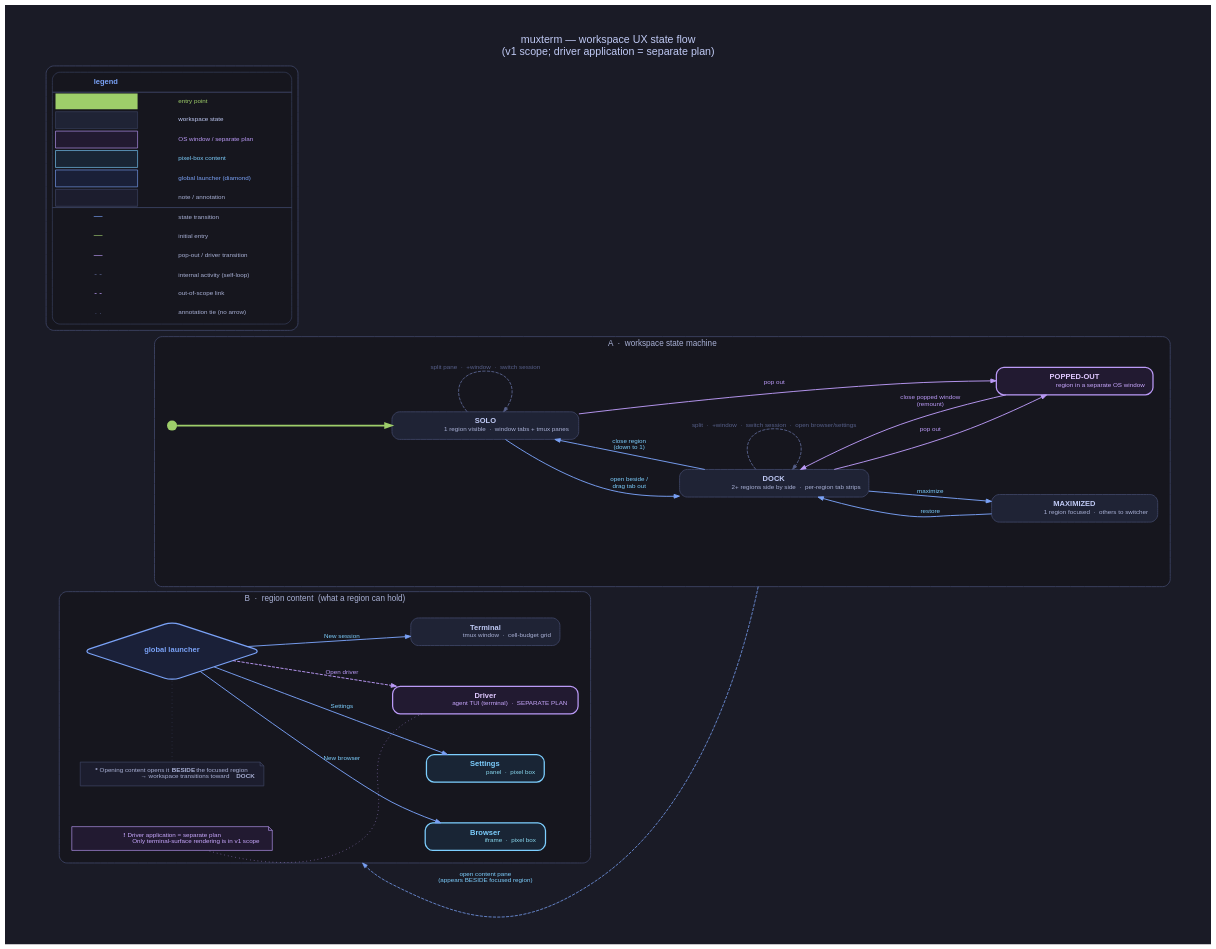
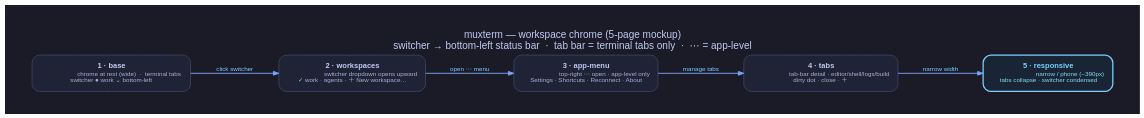
The diagram in docs/plans/mockups/2026-05-30-muxterm-chrome/storyboard.dot (kenotron-ms/muxterm), drawn with Graphviz before and after one commit. The commit also changed 28 other files, not shown here.

First line of the commit message:
docs(workspace): design, phase plans, and rebuilt chrome mockup

```diff
--- a/docs/plans/mockups/2026-05-30-muxterm-chrome/storyboard.dot
+++ b/docs/plans/mockups/2026-05-30-muxterm-chrome/storyboard.dot
@@ -1,35 +1,37 @@
 // storyboard.dot
-// muxterm — workspace UX state flow
+// muxterm — workspace chrome mockup storyboard
 // Tokyo Night dark theme  ·  engine: dot  ·  rankdir: LR
-// Canonical reference for implementation plan + Playwright E2E tests.
+// Canonical reference for the 5-page chrome mockup (this round's scope):
+//   workspace switcher moves to the bottom-left status bar; the tab bar
+//   holds only terminal tabs; the top-right "⋯" is app-level only.
 
 digraph muxterm_storyboard {
 
-    // ── Graph defaults ────────────────────────────────────────────────────
+    // ── Graph defaults ───────────────────────────────────────────────
     graph [
-        label       = "muxterm — workspace UX state flow\n(v1 scope; driver application = separate plan)"
+        label       = "muxterm — workspace chrome (5-page mockup)\nswitcher → bottom-left status bar  ·  tab bar = terminal tabs only  ·  ⋯ = app-level"
         labelloc    = t
         fontname    = "Helvetica,Arial,sans-serif"
-        fontsize    = 17
+        fontsize    = 16
         fontcolor   = "#c0caf5"
         bgcolor     = "#1a1b26"
         rankdir     = LR
-        pad         = "0.8,0.6"
+        pad         = "0.6,0.5"
         splines     = spline
-        nodesep     = 0.9
-        ranksep     = 1.4
-        compound    = true
+        nodesep     = 0.7
+        ranksep     = 1.1
     ]
 
     node [
         fontname    = "Helvetica,Arial,sans-serif"
         fontsize    = 12
         fontcolor   = "#c0caf5"
+        shape       = box
         style       = "filled,rounded"
         fillcolor   = "#1f2335"
         color       = "#3b4261"
         penwidth    = 1.5
-        margin      = "0.22,0.14"
+        margin      = "0.24,0.16"
     ]
 
     edge [
@@ -41,321 +43,38 @@
         arrowsize   = 0.85
     ]
 
-
-    // ═══════════════════════════════════════════════════════════════════════
-    // A  ·  WORKSPACE STATE MACHINE
-    // ═══════════════════════════════════════════════════════════════════════
-    subgraph cluster_workspace {
-        label       = "A  ·  workspace state machine"
-        fontname    = "Helvetica,Arial,sans-serif"
-        fontsize    = 13
-        fontcolor   = "#a9b1d6"
-        style       = "rounded"
-        color       = "#3b4261"
-        bgcolor     = "#16161e"
-        penwidth    = 1.5
-        margin      = 20
-
-        // ── Entry point ──────────────────────────────────────────────────
-        start [
-            label     = ""
-            shape     = circle
-            width     = 0.22
-            height    = 0.22
-            style     = filled
-            fillcolor = "#9ece6a"
-            color     = "#9ece6a"
-            penwidth  = 0
-        ]
-
-        // ── States ───────────────────────────────────────────────────────
-        solo [
-            label = <<B>SOLO</B><BR/>
-                      <FONT POINT-SIZE="10" COLOR="#a9b1d6">1 region visible  &#183;  window tabs + tmux panes</FONT>>
-            shape = box
-        ]
-
-        dock [
-            label = <<B>DOCK</B><BR/>
-                      <FONT POINT-SIZE="10" COLOR="#a9b1d6">2+ regions side by side  &#183;  per-region tab strips</FONT>>
-            shape = box
-        ]
-
-        maximized [
-            label = <<B>MAXIMIZED</B><BR/>
-                      <FONT POINT-SIZE="10" COLOR="#a9b1d6">1 region focused  &#183;  others to switcher</FONT>>
-            shape = box
-        ]
-
-        popped_out [
-            label     = <<B><FONT COLOR="#e0c8ff">POPPED-OUT</FONT></B><BR/>
-                          <FONT POINT-SIZE="10" COLOR="#c9a8ff">region in a separate OS window</FONT>>
-            shape     = box
-            fillcolor = "#221a31"
-            color     = "#bb9af7"
-            penwidth  = 2.0
-        ]
-
-        // ── Transitions ───────────────────────────────────────────────────
-        start      -> solo       [ label="" color="#9ece6a" penwidth=2.5 arrowsize=1.1 ]
-
-        solo       -> dock       [ label="open beside /\ndrag tab out" ]
-        dock       -> solo       [ label="close region\n(down to 1)" ]
-
-        dock       -> maximized  [ label="maximize" ]
-        maximized  -> dock       [ label="restore" ]
-
-        solo       -> popped_out [ label="pop out"
-                                   color="#bb9af7" fontcolor="#bb9af7" ]
-        dock       -> popped_out [ label="pop out"
-                                   color="#bb9af7" fontcolor="#bb9af7" ]
-        popped_out -> dock       [ label="close popped window\n(remount)"
-                                   color="#bb9af7" fontcolor="#bb9af7" ]
-
-        // ── Self-loops (internal activity — dashed gray) ──────────────────
-        solo -> solo [
-            label      = "split pane  &#183;  +window  &#183;  switch session"
-            style      = dashed
-            constraint = false
-            color      = "#565f89"
-            fontcolor  = "#565f89"
-            arrowsize  = 0.7
-        ]
-
-        dock -> dock [
-            label      = "split  &#183;  +window  &#183;  switch session  &#183;  open browser/settings"
-            style      = dashed
-            constraint = false
-            color      = "#565f89"
-            fontcolor  = "#565f89"
-            arrowsize  = 0.7
-        ]
-    }
-
-
-    // ═══════════════════════════════════════════════════════════════════════
-    // B  ·  REGION CONTENT TYPES
-    // ═══════════════════════════════════════════════════════════════════════
-    subgraph cluster_content {
-        label       = "B  &#183;  region content  (what a region can hold)"
-        fontname    = "Helvetica,Arial,sans-serif"
-        fontsize    = 13
-        fontcolor   = "#a9b1d6"
-        style       = "rounded"
-        color       = "#3b4261"
-        bgcolor     = "#16161e"
-        penwidth    = 1.5
-        margin      = 20
-
-        launcher [
-            label     = <<B><FONT COLOR="#7aa2f7">global launcher</FONT></B>>
-            shape     = diamond
-            fillcolor = "#1a2038"
-            color     = "#7aa2f7"
-            penwidth  = 2.0
-            margin    = "0.38,0.24"
-        ]
-
-        term [
-            label = <<B>Terminal</B><BR/>
-                      <FONT POINT-SIZE="10" COLOR="#a9b1d6">tmux window  &#183;  cell-budget grid</FONT>>
-            shape = box
-        ]
-
-        browser [
-            label     = <<B><FONT COLOR="#7dcfff">Browser</FONT></B><BR/>
-                          <FONT POINT-SIZE="10" COLOR="#89d9f0">iframe  &#183;  pixel box</FONT>>
-            shape     = box
-            fillcolor = "#192535"
-            color     = "#7dcfff"
-            penwidth  = 2.0
-        ]
-
-        settings [
-            label     = <<B><FONT COLOR="#7dcfff">Settings</FONT></B><BR/>
-                          <FONT POINT-SIZE="10" COLOR="#89d9f0">panel  &#183;  pixel box</FONT>>
-            shape     = box
-            fillcolor = "#192535"
-            color     = "#7dcfff"
-            penwidth  = 2.0
-        ]
-
-        driver [
-            label     = <<B><FONT COLOR="#e0c8ff">Driver</FONT></B><BR/>
-                          <FONT POINT-SIZE="10" COLOR="#c9a8ff">agent TUI (terminal)  &#183;  SEPARATE PLAN</FONT>>
-            shape     = box
-            fillcolor = "#221a31"
-            color     = "#bb9af7"
-            penwidth  = 2.0
-        ]
-
-        // ── Notes ─────────────────────────────────────────────────────────
-        note_beside [
-            label     = <<FONT POINT-SIZE="10" COLOR="#a9b1d6"><B>*</B>  Opening content opens it <B>BESIDE</B> the focused region<BR/>
-                            &#160;&#160; &#8594; workspace transitions toward <B>DOCK</B></FONT>>
-            shape     = note
-            style     = filled
-            fillcolor = "#1c1d2e"
-            color     = "#414868"
-            penwidth  = 1.0
-            margin    = "0.18,0.12"
-        ]
-
-        note_driver_scope [
-            label     = <<FONT POINT-SIZE="10" COLOR="#c9a8ff"><B>!</B>  Driver application = separate plan<BR/>
-                            &#160;&#160; Only terminal-surface rendering is in v1 scope</FONT>>
-            shape     = note
-            style     = filled
-            fillcolor = "#221a31"
-            color     = "#bb9af7"
-            penwidth  = 1.0
-            margin    = "0.18,0.12"
-        ]
-
-        // ── Launcher → content edges ─────────────────────────────────────
-        launcher -> term     [ label="New session" ]
-        launcher -> browser  [ label="New browser" ]
-        launcher -> settings [ label="Settings" ]
-        launcher -> driver   [ label="Open driver"
-                               style=dashed color="#bb9af7" fontcolor="#bb9af7" ]
-
-        // ── Annotation ties (dotted, no arrowhead) ────────────────────────
-        launcher -> note_beside      [ style=dotted color="#414868"
-                                       arrowhead=none penwidth=1.0 constraint=false ]
-        driver   -> note_driver_scope [ style=dotted color="#bb9af7"
-                                        arrowhead=none penwidth=1.0 constraint=false ]
-    }
-
-
-    // ── Cross-cluster: workspace invokes the launcher → content pane opens ──
-    // (uses compound=true; ltail/lhead draw edge between cluster boundaries)
-    dock -> launcher [
-        ltail     = cluster_workspace
-        lhead     = cluster_content
-        label     = "open content pane\n(appears BESIDE focused region)"
-        style     = dashed
-        color     = "#7aa2f7"
-        fontcolor = "#7dcfff"
-        penwidth  = 1.2
-        arrowsize = 0.8
-        constraint = false
-        weight    = 0
+    // ── Pages ────────────────────────────────────────────────────────
+    base [
+        label = <<B>1 · base</B><BR/>
+                  <FONT POINT-SIZE="10" COLOR="#a9b1d6">chrome at rest (wide)  ·  terminal tabs<BR/>switcher ● work ⌄ bottom-left</FONT>>
     ]
 
+    workspaces [
+        label = <<B>2 · workspaces</B><BR/>
+                  <FONT POINT-SIZE="10" COLOR="#a9b1d6">switcher dropdown opens upward<BR/>✓ work · agents · ＋ New workspace…</FONT>>
+    ]
 
-    // ═══════════════════════════════════════════════════════════════════════
-    // LEGEND  (HTML-table node; <HR/> is a sibling of <TR>, not inside <TD>)
-    // ═══════════════════════════════════════════════════════════════════════
-    subgraph cluster_legend {
-        label    = ""
-        style    = "rounded"
-        color    = "#3b4261"
-        bgcolor  = "#16161e"
-        penwidth = 1.5
-        margin   = 10
+    appmenu [
+        label = <<B>3 · app-menu</B><BR/>
+                  <FONT POINT-SIZE="10" COLOR="#a9b1d6">top-right ⋯ open · app-level only<BR/>Settings · Shortcuts · Reconnect · About</FONT>>
+    ]
 
-        legend [
-            shape  = none
-            margin = 0
-            label  = <<TABLE BORDER="1" BGCOLOR="#16161e" COLOR="#3b4261"
-                              CELLBORDER="0" CELLSPACING="4" CELLPADDING="6"
-                              STYLE="ROUNDED">
-              <TR>
-                <TD COLSPAN="2" ALIGN="LEFT">
-                  <FONT COLOR="#7aa2f7" POINT-SIZE="12"><B> legend</B></FONT>
-                </TD>
-              </TR>
-              <HR/>
-              <TR>
-                <TD BGCOLOR="#9ece6a" WIDTH="14" HEIGHT="14"> </TD>
-                <TD ALIGN="LEFT">
-                  <FONT COLOR="#9ece6a" POINT-SIZE="10"> entry point</FONT>
-                </TD>
-              </TR>
-              <TR>
-                <TD BGCOLOR="#1f2335" BORDER="1" COLOR="#3b4261" WIDTH="14" HEIGHT="14"> </TD>
-                <TD ALIGN="LEFT">
-                  <FONT COLOR="#c0caf5" POINT-SIZE="10"> workspace state</FONT>
-                </TD>
-              </TR>
-              <TR>
-                <TD BGCOLOR="#221a31" BORDER="1" COLOR="#bb9af7" WIDTH="14" HEIGHT="14"> </TD>
-                <TD ALIGN="LEFT">
-                  <FONT COLOR="#bb9af7" POINT-SIZE="10"> OS window / separate plan</FONT>
-                </TD>
-              </TR>
-              <TR>
-                <TD BGCOLOR="#192535" BORDER="1" COLOR="#7dcfff" WIDTH="14" HEIGHT="14"> </TD>
-                <TD ALIGN="LEFT">
-                  <FONT COLOR="#7dcfff" POINT-SIZE="10"> pixel-box content</FONT>
-                </TD>
-              </TR>
-              <TR>
-                <TD BGCOLOR="#1a2038" BORDER="1" COLOR="#7aa2f7" WIDTH="14" HEIGHT="14"> </TD>
-                <TD ALIGN="LEFT">
-                  <FONT COLOR="#7aa2f7" POINT-SIZE="10"> global launcher (diamond)</FONT>
-                </TD>
-              </TR>
-              <TR>
-                <TD BGCOLOR="#1c1d2e" BORDER="1" COLOR="#414868" WIDTH="14" HEIGHT="14"> </TD>
-                <TD ALIGN="LEFT">
-                  <FONT COLOR="#a9b1d6" POINT-SIZE="10"> note / annotation</FONT>
-                </TD>
-              </TR>
-              <HR/>
-              <TR>
-                <TD ALIGN="CENTER">
-                  <FONT COLOR="#7aa2f7" POINT-SIZE="14">&#8212;</FONT>
-                </TD>
-                <TD ALIGN="LEFT">
-                  <FONT COLOR="#a9b1d6" POINT-SIZE="10"> state transition</FONT>
-                </TD>
-              </TR>
-              <TR>
-                <TD ALIGN="CENTER">
-                  <FONT COLOR="#9ece6a" POINT-SIZE="14">&#8212;</FONT>
-                </TD>
-                <TD ALIGN="LEFT">
-                  <FONT COLOR="#a9b1d6" POINT-SIZE="10"> initial entry</FONT>
-                </TD>
-              </TR>
-              <TR>
-                <TD ALIGN="CENTER">
-                  <FONT COLOR="#bb9af7" POINT-SIZE="14">&#8212;</FONT>
-                </TD>
-                <TD ALIGN="LEFT">
-                  <FONT COLOR="#a9b1d6" POINT-SIZE="10"> pop-out / driver transition</FONT>
-                </TD>
-              </TR>
-              <TR>
-                <TD ALIGN="CENTER">
-                  <FONT COLOR="#565f89" POINT-SIZE="13">- -</FONT>
-                </TD>
-                <TD ALIGN="LEFT">
-                  <FONT COLOR="#a9b1d6" POINT-SIZE="10"> internal activity (self-loop)</FONT>
-                </TD>
-              </TR>
-              <TR>
-                <TD ALIGN="CENTER">
-                  <FONT COLOR="#bb9af7" POINT-SIZE="13">- -</FONT>
-                </TD>
-                <TD ALIGN="LEFT">
-                  <FONT COLOR="#a9b1d6" POINT-SIZE="10"> out-of-scope link</FONT>
-                </TD>
-              </TR>
-              <TR>
-                <TD ALIGN="CENTER">
-                  <FONT COLOR="#414868" POINT-SIZE="13">. .</FONT>
-                </TD>
-                <TD ALIGN="LEFT">
-                  <FONT COLOR="#a9b1d6" POINT-SIZE="10"> annotation tie (no arrow)</FONT>
-                </TD>
-              </TR>
-            </TABLE>>
-        ]
-    }
+    tabs [
+        label = <<B>4 · tabs</B><BR/>
+                  <FONT POINT-SIZE="10" COLOR="#a9b1d6">tab-bar detail · editor/shell/logs/build<BR/>dirty dot · close · ＋</FONT>>
+    ]
 
-    // ── Invisible anchor: keeps legend connected to main graph ────────────
-    legend -> start [ style=invis constraint=false weight=0 ]
+    responsive [
+        label     = <<B><FONT COLOR="#7dcfff">5 · responsive</FONT></B><BR/>
+                      <FONT POINT-SIZE="10" COLOR="#89d9f0">narrow / phone (~390px)<BR/>tabs collapse · switcher condensed</FONT>>
+        fillcolor = "#192535"
+        color     = "#7dcfff"
+        penwidth  = 2.0
+    ]
 
+    // ── Flow ─────────────────────────────────────────────────────────
+    base       -> workspaces [ label = "click switcher" ]
+    workspaces -> appmenu    [ label = "open ⋯ menu" ]
+    appmenu    -> tabs       [ label = "manage tabs" ]
+    tabs       -> responsive [ label = "narrow width" ]
 }
```
